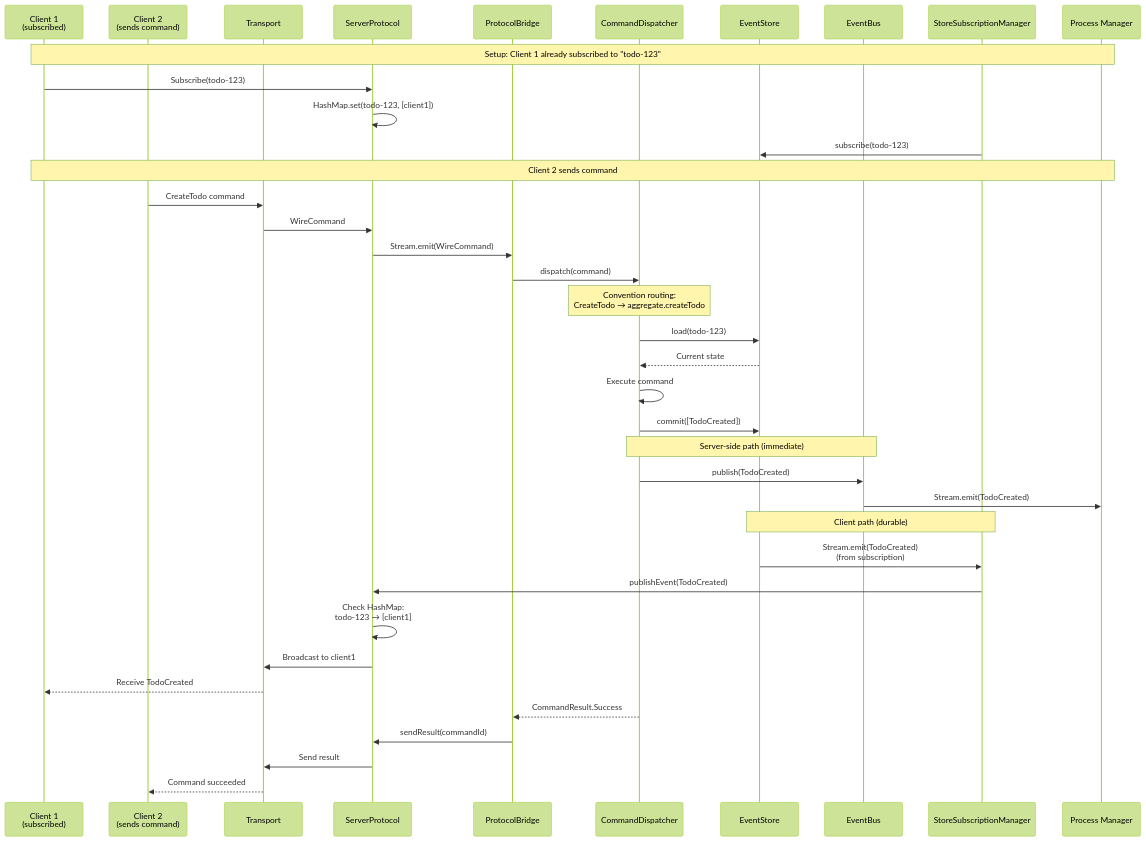
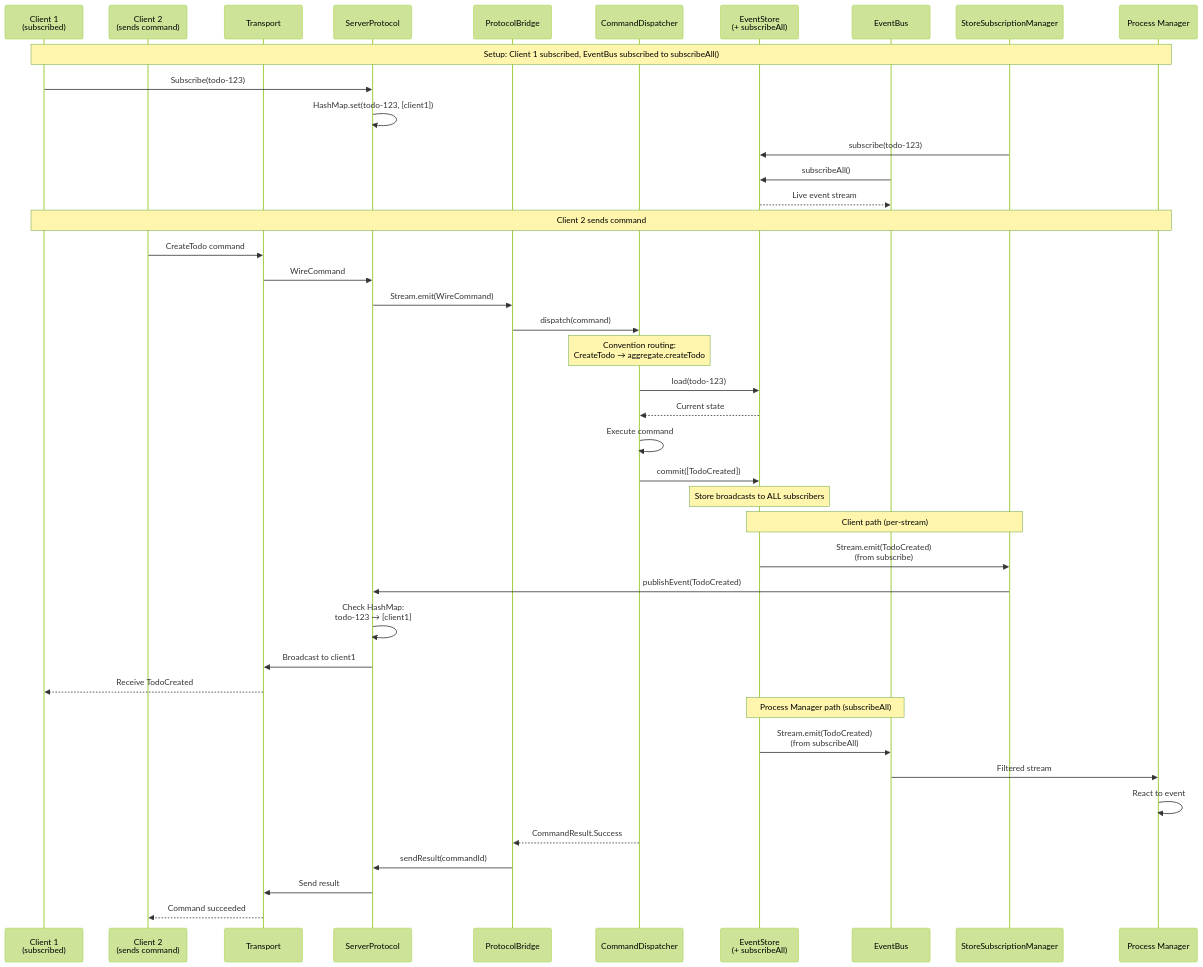
The third of 6 diagrams in docs/plans/eventsourcing-server-sequence-diagram.md (CodeForBreakfast/eventsourcing), drawn with Mermaid (forest theme) before and after one commit. The commit also changed other lines of this file and 2 other files, not shown here.

First line of the commit message:
docs: update eventsourcing-server design for EventStore.subscribeAll()

````diff
--- a/docs/plans/eventsourcing-server-sequence-diagram.md
+++ b/docs/plans/eventsourcing-server-sequence-diagram.md
@@ -85,49 +81,55 @@
 ```mermaid
 sequenceDiagram
     participant C1 as Client 1<br/>(subscribed)
     participant C2 as Client 2<br/>(sends command)
     participant Transport
     participant Protocol as ServerProtocol
     participant Bridge as ProtocolBridge
     participant Dispatcher as CommandDispatcher
-    participant Store as EventStore
+    participant Store as EventStore<br/>(+ subscribeAll)
     participant Bus as EventBus
     participant SubMgr as StoreSubscriptionManager
     participant PM as Process Manager
 
-    Note over C1,PM: Setup: Client 1 already subscribed to "todo-123"
+    Note over C1,PM: Setup: Client 1 subscribed, EventBus subscribed to subscribeAll()
 
     C1->>Protocol: Subscribe(todo-123)
     Protocol->>Protocol: HashMap.set(todo-123, [client1])
     SubMgr->>Store: subscribe(todo-123)
+
+    Bus->>Store: subscribeAll()
+    Store-->>Bus: Live event stream
 
     Note over C1,PM: Client 2 sends command
 
     C2->>Transport: CreateTodo command
     Transport->>Protocol: WireCommand
     Protocol->>Bridge: Stream.emit(WireCommand)
     Bridge->>Dispatcher: dispatch(command)
 
     Note over Dispatcher: Convention routing:<br/>CreateTodo → aggregate.createTodo
 
     Dispatcher->>Store: load(todo-123)
     Store-->>Dispatcher: Current state
     Dispatcher->>Dispatcher: Execute command
     Dispatcher->>Store: commit([TodoCreated])
 
-    Note over Dispatcher,Bus: Server-side path (immediate)
-    Dispatcher->>Bus: publish(TodoCreated)
-    Bus->>PM: Stream.emit(TodoCreated)
+    Note over Store: Store broadcasts to ALL subscribers
 
-    Note over Store,SubMgr: Client path (durable)
-    Store->>SubMgr: Stream.emit(TodoCreated)<br/>(from subscription)
+    Note over Store,SubMgr: Client path (per-stream)
+    Store->>SubMgr: Stream.emit(TodoCreated)<br/>(from subscribe)
     SubMgr->>Protocol: publishEvent(TodoCreated)
     Protocol->>Protocol: Check HashMap:<br/>todo-123 → [client1]
     Protocol->>Transport: Broadcast to client1
     Transport-->>C1: Receive TodoCreated
+
+    Note over Store,Bus: Process Manager path (subscribeAll)
+    Store->>Bus: Stream.emit(TodoCreated)<br/>(from subscribeAll)
+    Bus->>PM: Filtered stream
+    PM->>PM: React to event
 
     Dispatcher-->>Bridge: CommandResult.Success
     Bridge->>Protocol: sendResult(commandId)
     Protocol->>Transport: Send result
     Transport-->>C2: Command succeeded
 ```
````
